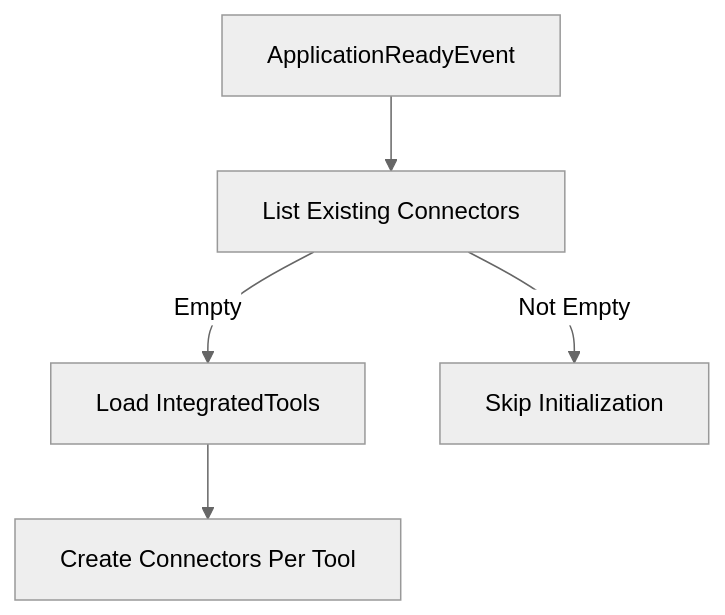
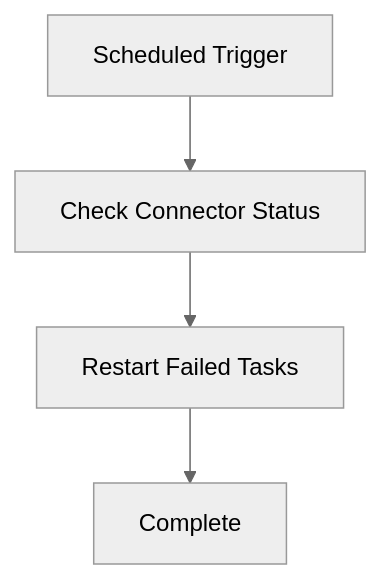
One commit to flamingo-stack/openframe-oss-lib changed the diagram in docs/diagrams/architecture/management-service-core-4.mmd. Above: the diagram before and after it, drawn with Mermaid (neutral theme). The commit also changed 212 other files, not shown here.

```diff
--- a/docs/diagrams/architecture/management-service-core-4.mmd
+++ b/docs/diagrams/architecture/management-service-core-4.mmd
@@ -1,5 +1,4 @@
 flowchart TD
-    Ready["ApplicationReadyEvent"] --> ListConnectors["List Existing Connectors"]
-    ListConnectors -->|"Empty"| LoadTools["Load IntegratedTools"]
-    LoadTools --> CreateConnectors["Create Connectors Per Tool"]
-    ListConnectors -->|"Not Empty"| Skip["Skip Initialization"]
+    Trigger["Scheduled Trigger"] --> Check["Check Connector Status"]
+    Check --> Restart["Restart Failed Tasks"]
+    Restart --> Done["Complete"]
```
